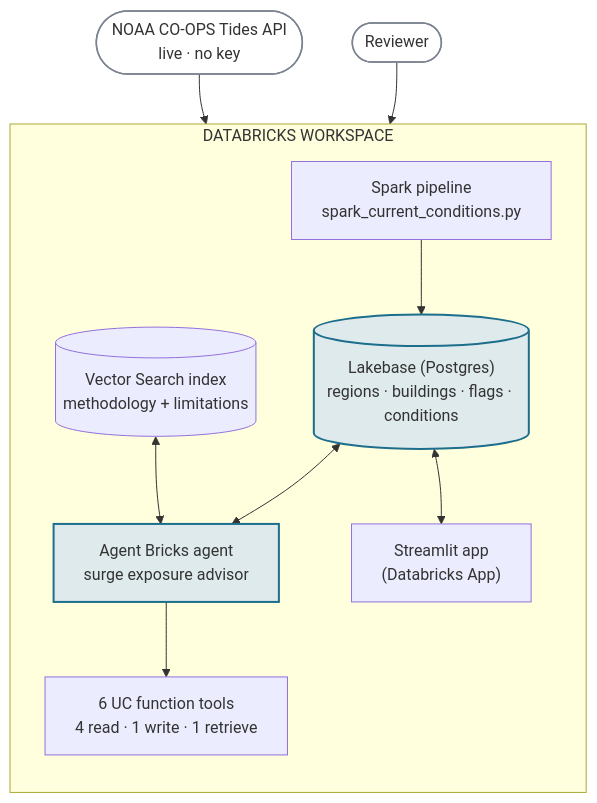
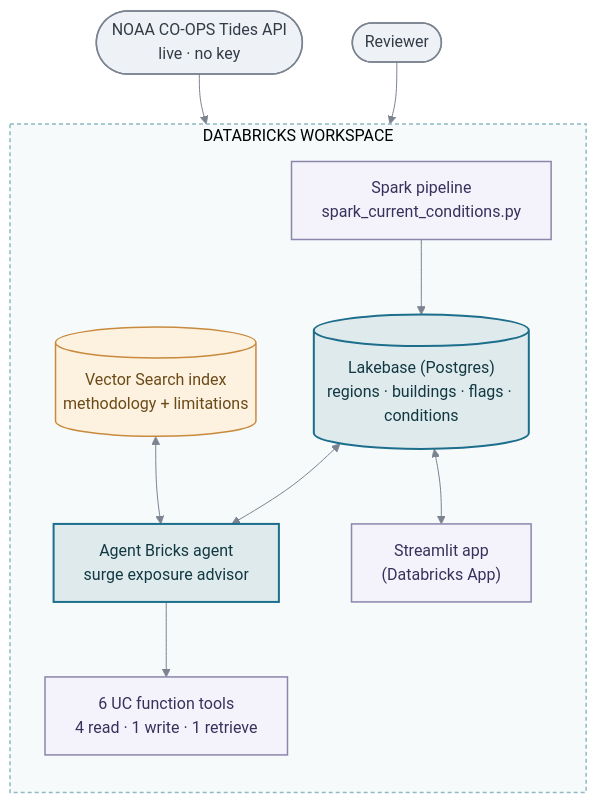
One commit to DBishal13/databricks-ai-capstone changed the first of 5 diagrams in README.md. Above: the diagram before and after it, drawn with Mermaid. The commit also changed other lines of this file, not shown here.

First line of the commit message:
Fix washed-out Mermaid node colors on GitHub with an explicit base theme

````diff
--- a/README.md
+++ b/README.md
@@ -68,19 +68,26 @@
 ```mermaid
+%%{init: {"theme": "base", "themeVariables": {"primaryColor": "#ffffff", "primaryBorderColor": "#7b8390", "primaryTextColor": "#1f2937", "lineColor": "#7b8390"}}}%%
 flowchart TD
     NOAA(["NOAA CO-OPS Tides API<br/>live · no key"]) --> Spark
     Human(["Reviewer"]) --> App
 
     subgraph WORKSPACE["DATABRICKS WORKSPACE"]
         direction TB
         Spark["Spark pipeline<br/>spark_current_conditions.py"] --> Lakebase[("Lakebase (Postgres)<br/>regions · buildings · flags · conditions")]
         Lakebase <--> AgentBricks["Agent Bricks agent<br/>surge exposure advisor"]
         VS[("Vector Search index<br/>methodology + limitations")] <--> AgentBricks
         AgentBricks --> Tools["6 UC function tools<br/>4 read · 1 write · 1 retrieve"]
         Lakebase <--> App["Streamlit app<br/>(Databricks App)"]
     end
 
-    classDef hub fill:#dfeaec,stroke:#1c6e8c,stroke-width:2px;
-    classDef ext fill:#ffffff,stroke:#7b8390,stroke-width:1.5px;
+    style WORKSPACE fill:#f6fafb,stroke:#8fb9c4,stroke-width:1.5px,stroke-dasharray:4 3
+
+    classDef hub fill:#dfeaec,stroke:#1c6e8c,stroke-width:2px,color:#123842;
+    classDef store fill:#fdf1e0,stroke:#c98a3d,stroke-width:1.5px,color:#6b4a17;
+    classDef ext fill:#eef1f6,stroke:#7b8390,stroke-width:1.5px,color:#333c46;
+    classDef proc fill:#f4f2fb,stroke:#8b86ad,stroke-width:1.5px,color:#37325c;
     class Lakebase,AgentBricks hub
+    class VS store
     class NOAA,Human ext
+    class Spark,Tools,App proc
 ```
````
